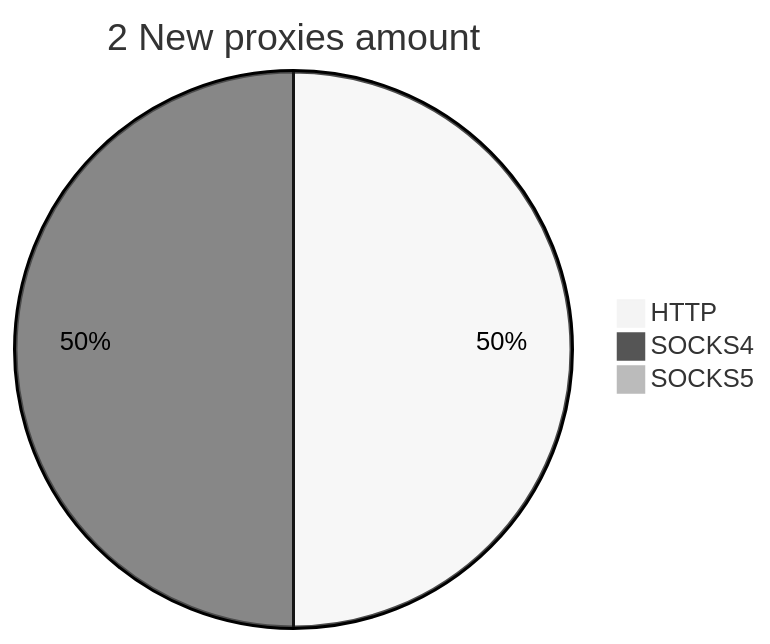
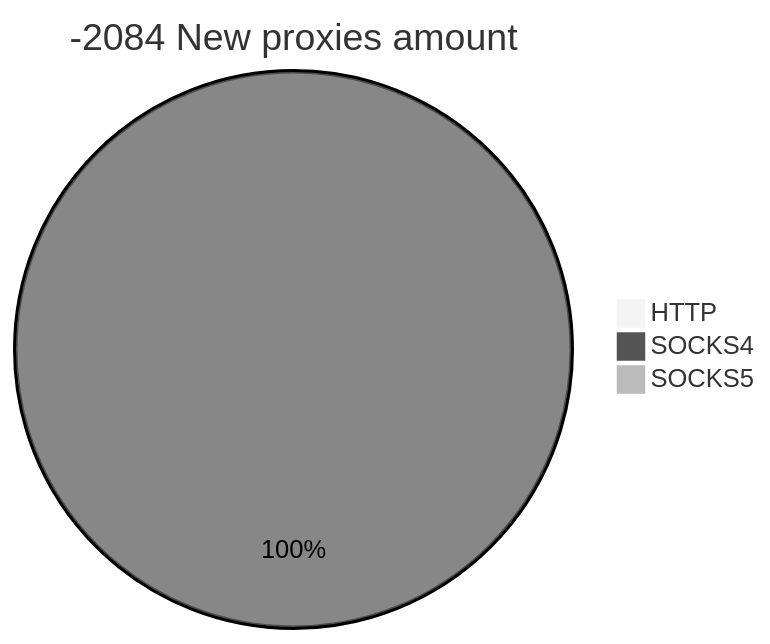
The second of 2 diagrams in README.md (cutipu/proxylist), drawn with Mermaid (neutral theme) before and after one commit. The commit also changed other lines of this file, not shown here.

````diff
--- a/README.md
+++ b/README.md
@@ -10,6 +10,6 @@
 ```mermaid
-pie title 2 New proxies amount
-    "HTTP" : 1
+pie title -2084 New proxies amount
+    "HTTP" : 0
     "SOCKS4" : 1
     "SOCKS5" : 0
 ```
````
